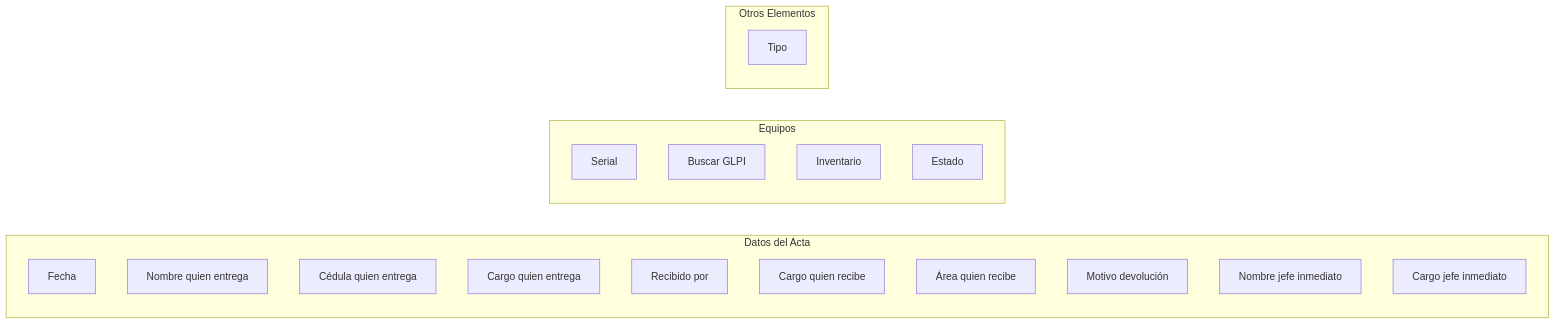
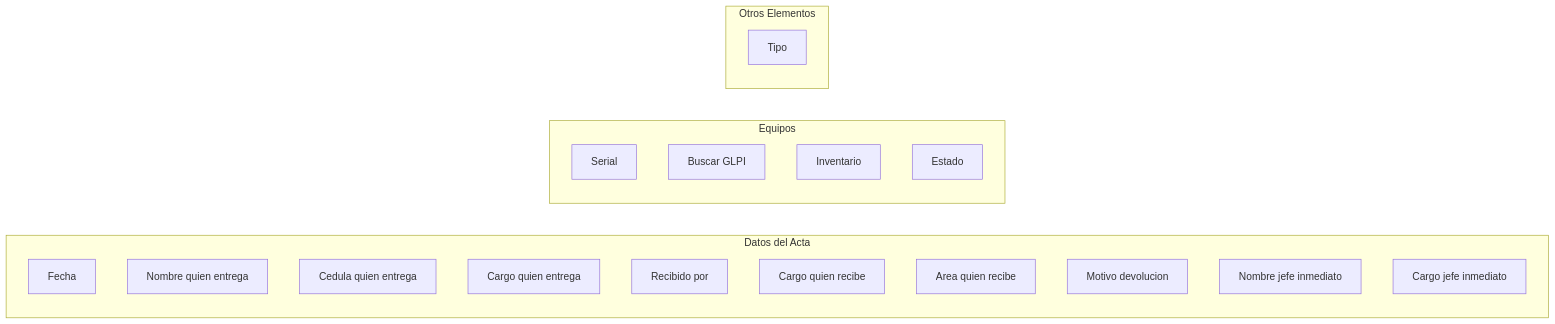
Before and after one commit to juanjosehc/actas-glpi: the fourth of 10 diagrams in FLUJO_FUNCIONAL.md, drawn with Mermaid. The commit also changed other lines of this file, not shown here.

````diff
--- a/FLUJO_FUNCIONAL.md
+++ b/FLUJO_FUNCIONAL.md
@@ -152,26 +152,26 @@
 ```mermaid
 flowchart LR
-    subgraph Datos del Acta
+    subgraph DatosActa["Datos del Acta"]
         A1[Fecha]
         A2[Nombre quien entrega]
-        A3[Cédula quien entrega]
+        A3[Cedula quien entrega]
         A4[Cargo quien entrega]
         A5[Recibido por]
         A6[Cargo quien recibe]
-        A7[Área quien recibe]
-        A8[Motivo devolución]
+        A7[Area quien recibe]
+        A8[Motivo devolucion]
         A9[Nombre jefe inmediato]
         A10[Cargo jefe inmediato]
     end
 
-    subgraph Equipos
+    subgraph Equi["Equipos"]
         B1[Serial]
         B2[Buscar GLPI]
         B3[Inventario]
         B4[Estado]
     end
 
-    subgraph Otros Elementos
+    subgraph Otros["Otros Elementos"]
         C1[Tipo]
     end
 ```
````
